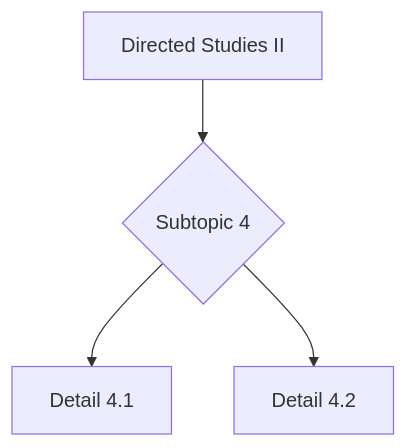
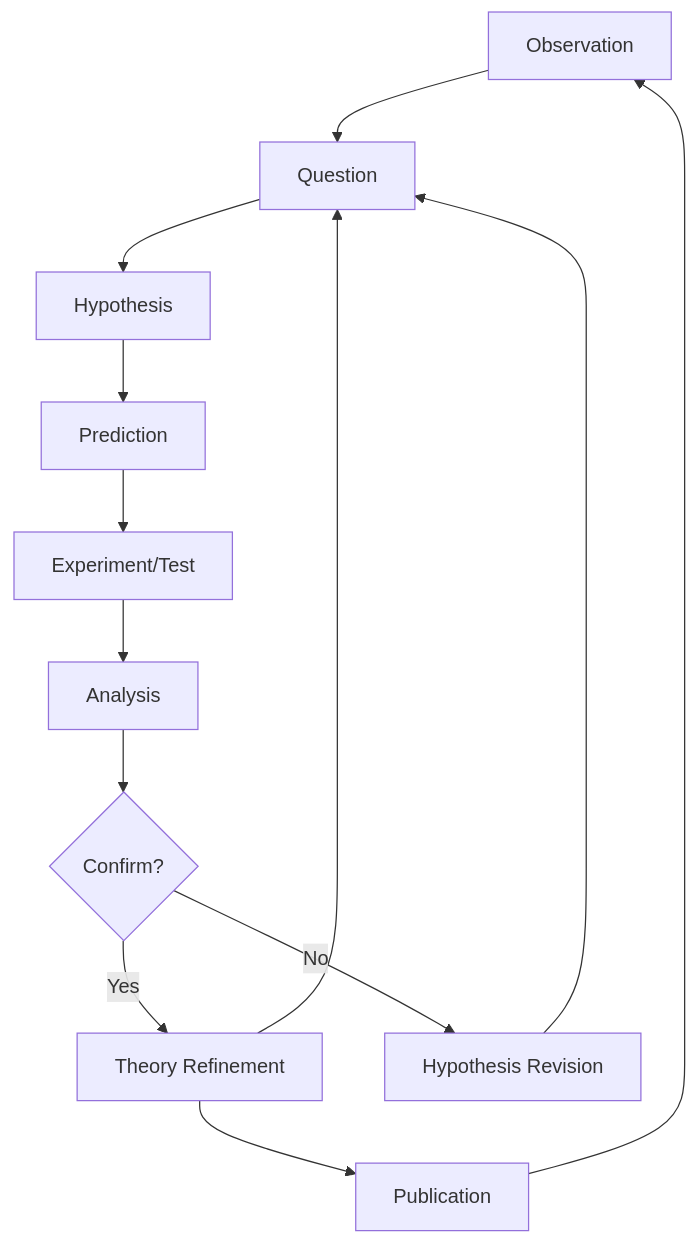
Before and after one commit to yip-lgtm/PhysicsSelfStudy: the second of 5 diagrams in 01_BSc_Physics/electives/PHYS_3090X_Directed_Studies_II/README.md, drawn with Mermaid. The commit also changed other lines of this file and 21 other files, not shown here.

````diff
--- a/01_BSc_Physics/electives/PHYS_3090X_Directed_Studies_II/README.md
+++ b/01_BSc_Physics/electives/PHYS_3090X_Directed_Studies_II/README.md
@@ -283,6 +224,15 @@
 ```mermaid
 graph TD
-    A[Directed Studies II] --> B{Subtopic 4}
-    B --> C[Detail 4.1]
-    B --> D[Detail 4.2]
+    A[Observation] --> B[Question]
+    B --> C[Hypothesis]
+    C --> D[Prediction]
+    D --> E[Experiment/Test]
+    E --> F[Analysis]
+    F --> G{Confirm?}
+    G -->|Yes| H[Theory Refinement]
+    G -->|No| I[Hypothesis Revision]
+    H --> B
+    I --> B
+    H --> J[Publication]
+    J --> A
 ```
````
